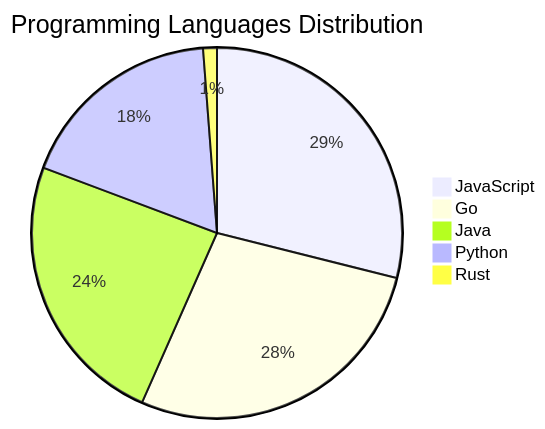
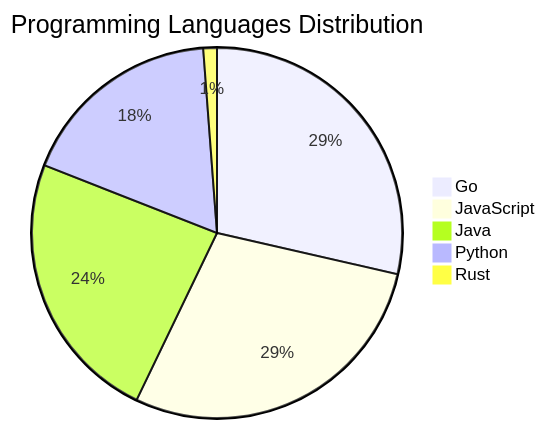
Before and after one commit to Derrick-MUGISHA/github-activity-bot: the diagram in README.md, drawn with Mermaid. The commit also changed other lines of this file and 3 other files, not shown here.

````diff
--- a/README.md
+++ b/README.md
@@ -69,8 +69,8 @@
 ```mermaid
 pie title Programming Languages Distribution
+    "Go" : 24
     "JavaScript" : 24
-    "Go" : 23
     "Java" : 20
     "Python" : 15
     "Rust" : 1
 ```
````
